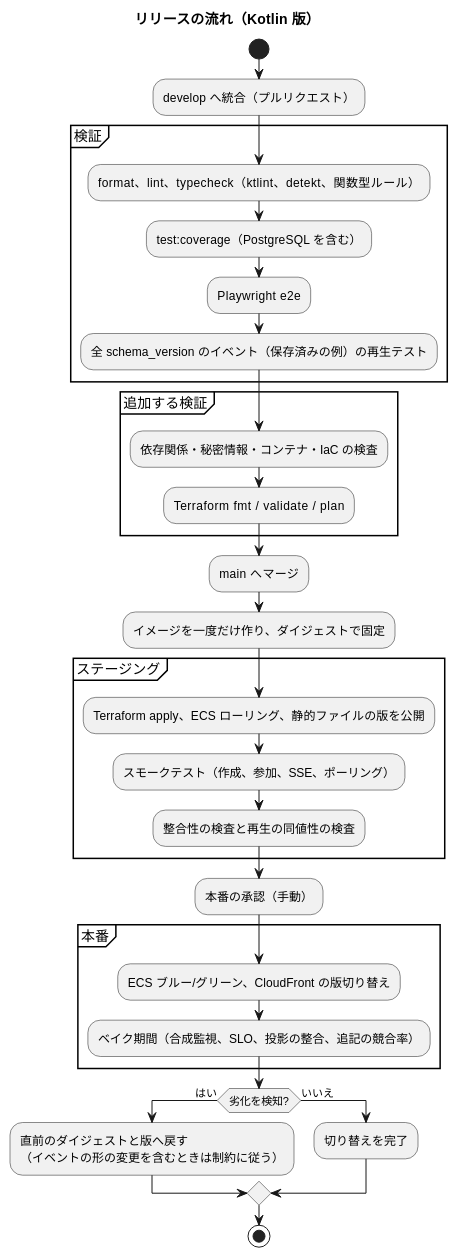
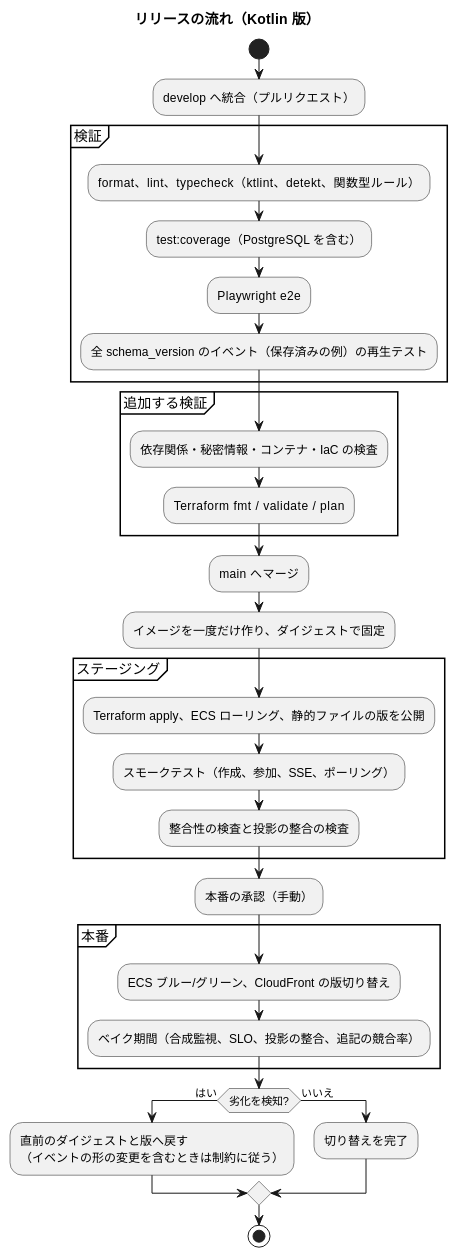
One commit to k2works/case-study-beer-game-simulation changed the second of 2 diagrams in docs/design/beer-game-kotlin/operation.md. Above: the diagram before and after it, drawn with PlantUML. The commit also changed other lines of this file and 8 other files, not shown here.

````diff
--- a/docs/design/beer-game-kotlin/operation.md
+++ b/docs/design/beer-game-kotlin/operation.md
@@ -278,36 +278,36 @@
 ```plantuml
 @startuml
 title リリースの流れ（Kotlin 版）
 
 start
 :develop へ統合（プルリクエスト）;
 partition "検証" {
   :format、lint、typecheck（ktlint、detekt、関数型ルール）;
   :test:coverage（PostgreSQL を含む）;
   :Playwright e2e;
   :全 schema_version のイベント（保存済みの例）の再生テスト;
 }
 partition "追加する検証" {
   :依存関係・秘密情報・コンテナ・IaC の検査;
   :Terraform fmt / validate / plan;
 }
 :main へマージ;
 :イメージを一度だけ作り、ダイジェストで固定;
 partition "ステージング" {
   :Terraform apply、ECS ローリング、静的ファイルの版を公開;
   :スモークテスト（作成、参加、SSE、ポーリング）;
-  :整合性の検査と再生の同値性の検査;
+  :整合性の検査と投影の整合の検査;
 }
 :本番の承認（手動）;
 partition "本番" {
   :ECS ブルー/グリーン、CloudFront の版切り替え;
   :ベイク期間（合成監視、SLO、投影の整合、追記の競合率）;
 }
 if (劣化を検知?) then (はい)
   :直前のダイジェストと版へ戻す\n（イベントの形の変更を含むときは制約に従う）;
 else (いいえ)
   :切り替えを完了;
 endif
 stop
 @enduml
 ```
````
